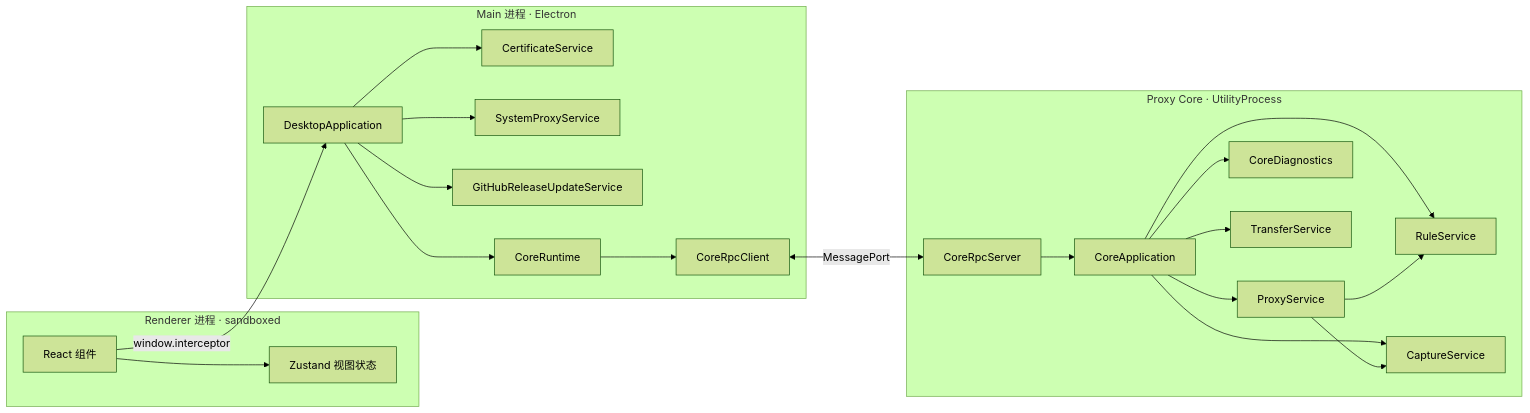
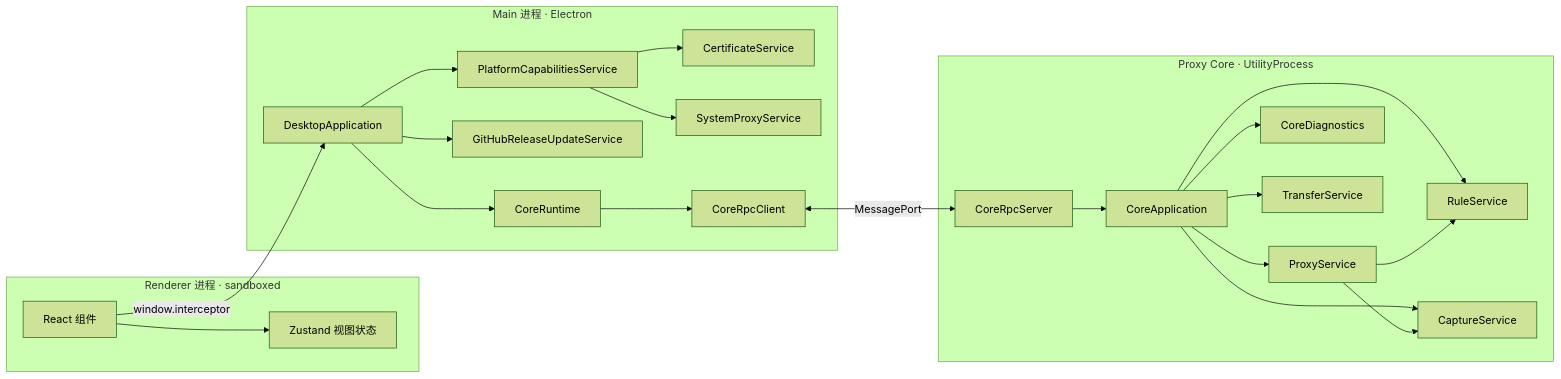
Before and after one commit to zhxmt-xm/Interceptor: the first of 2 diagrams in architecture/README.md, drawn with Mermaid (forest theme). The commit also changed other lines of this file and 47 other files, not shown here.

````diff
--- a/architecture/README.md
+++ b/architecture/README.md
@@ -60,42 +52,44 @@
 ```mermaid
 flowchart LR
     subgraph R["Renderer 进程 · sandboxed"]
         UI["React 组件"]
         STORE["Zustand 视图状态"]
     end
 
     subgraph M["Main 进程 · Electron"]
         WIN["DesktopApplication"]
+        PLATFORM["PlatformCapabilitiesService"]
         CERT["CertificateService"]
         SYSPROXY["SystemProxyService"]
         UPDATE["GitHubReleaseUpdateService"]
         RUNTIME["CoreRuntime"]
         RPCC["CoreRpcClient"]
     end
 
     subgraph C["Proxy Core · UtilityProcess"]
         APP["CoreApplication"]
         RPCS["CoreRpcServer"]
         PROXY["ProxyService"]
         RULES["RuleService"]
         STORAGE["CaptureService"]
         DIAG["CoreDiagnostics"]
         TRANSFER["TransferService"]
     end
 
     UI --> STORE
     UI -->|window.interceptor| WIN
-    WIN --> CERT
-    WIN --> SYSPROXY
+    WIN --> PLATFORM
+    PLATFORM --> CERT
+    PLATFORM --> SYSPROXY
     WIN --> UPDATE
     WIN --> RUNTIME --> RPCC
     RPCC <-->|MessagePort| RPCS
     RPCS --> APP
     APP --> PROXY
     APP --> RULES
     APP --> STORAGE
     APP --> DIAG
     APP --> TRANSFER
     PROXY --> RULES
     PROXY --> STORAGE
 ```
````
